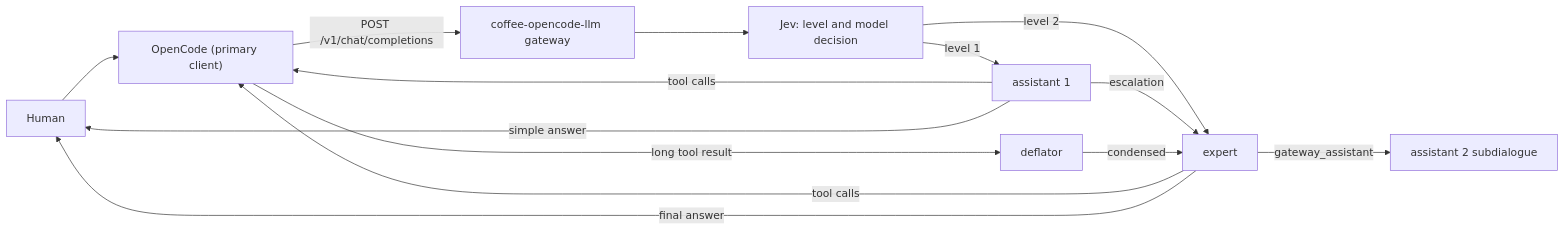
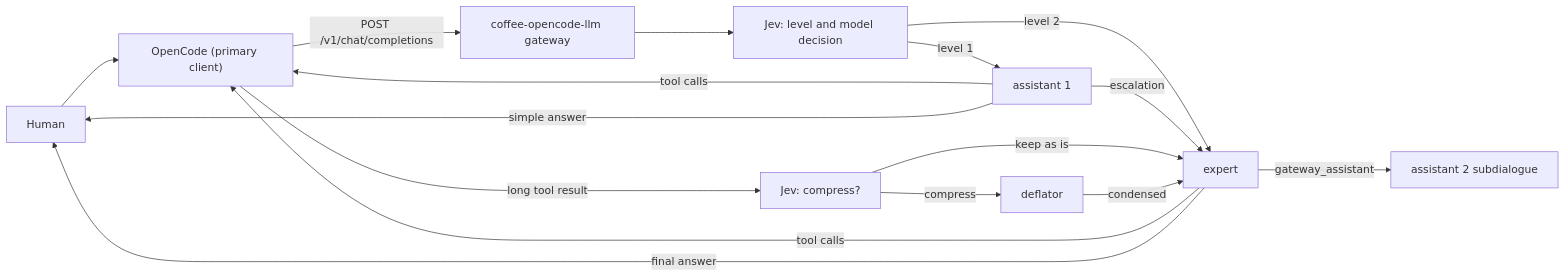
The first of 2 diagrams in README.md (coffeebreak-ai/coffee-opencode-llm), drawn with Mermaid before and after one commit. The commit also changed other lines of this file and 4 other files, not shown here.

First line of the commit message:
chore: Jev decides compression in the diagrams, honest settings docs

````diff
--- a/README.md
+++ b/README.md
@@ -22,16 +22,18 @@
 ```mermaid
 flowchart LR
     human["Human"] --> oc["OpenCode (primary client)"]
     oc -->|"POST /v1/chat/completions"| gw["coffee-opencode-llm gateway"]
     gw --> decide["Jev: level and model decision"]
     decide -->|"level 1"| asst["assistant 1"]
     decide -->|"level 2"| expert["expert"]
     asst -->|"escalation"| expert
     expert -->|"gateway_assistant"| helper["assistant 2 subdialogue"]
     asst -->|"tool calls"| oc
     expert -->|"tool calls"| oc
-    oc -->|"long tool result"| deflator["deflator"]
+    oc -->|"long tool result"| jevd["Jev: compress?"]
+    jevd -->|"compress"| deflator["deflator"]
+    jevd -->|"keep as is"| expert
     deflator -->|"condensed"| expert
     asst -->|"simple answer"| human
     expert -->|"final answer"| human
 ```
````
